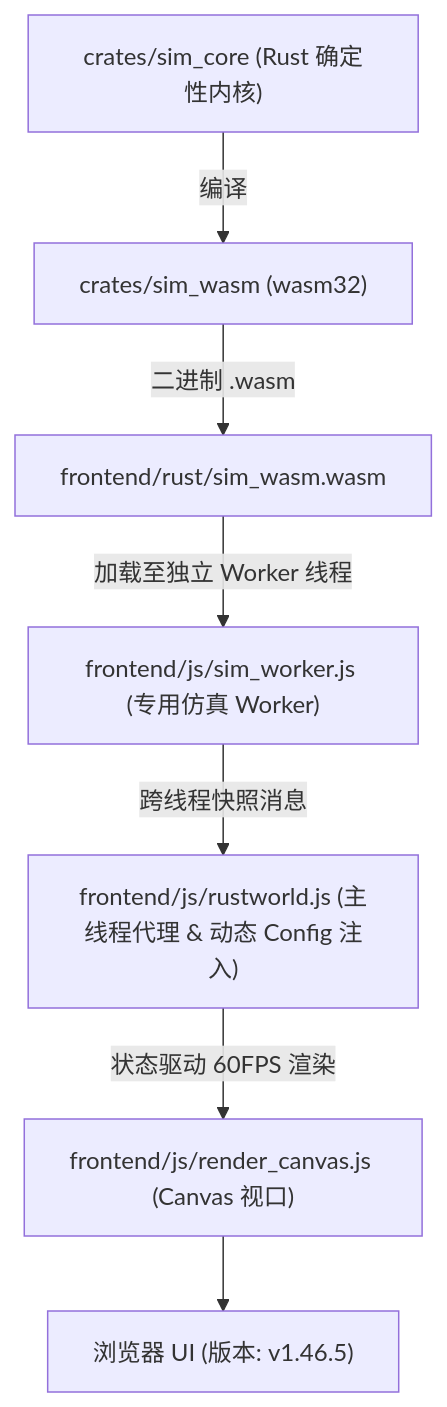
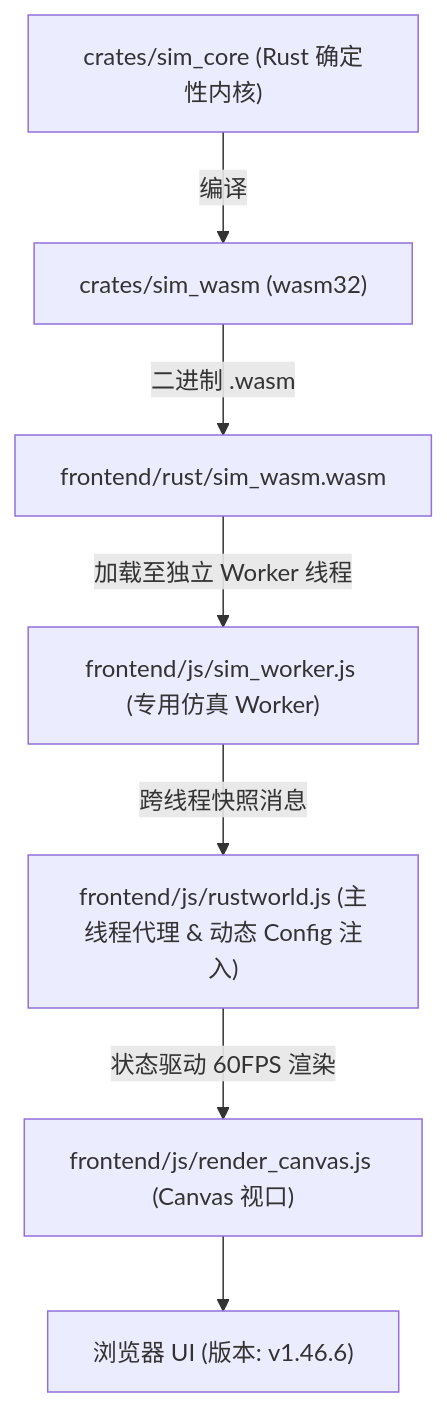
The diagram in AGENTS.md (g39088902/FlowAndAccord), drawn with Mermaid before and after one commit. The commit also changed other lines of this file and 22 other files, not shown here.

````diff
--- a/AGENTS.md
+++ b/AGENTS.md
@@ -59,9 +59,9 @@
 ```mermaid
 graph TD
     A["crates/sim_core (Rust 确定性内核)"] -->|编译| B["crates/sim_wasm (wasm32)"]
     B -->|二进制 .wasm| C["frontend/rust/sim_wasm.wasm"]
     C -->|加载至独立 Worker 线程| D["frontend/js/sim_worker.js (专用仿真 Worker)"]
     D -->|跨线程快照消息| E["frontend/js/rustworld.js (主线程代理 & 动态 Config 注入)"]
     E -->|状态驱动 60FPS 渲染| F["frontend/js/render_canvas.js (Canvas 视口)"]
-    F --> G["浏览器 UI (版本: v1.46.5)"]
+    F --> G["浏览器 UI (版本: v1.46.6)"]
 ```
````
